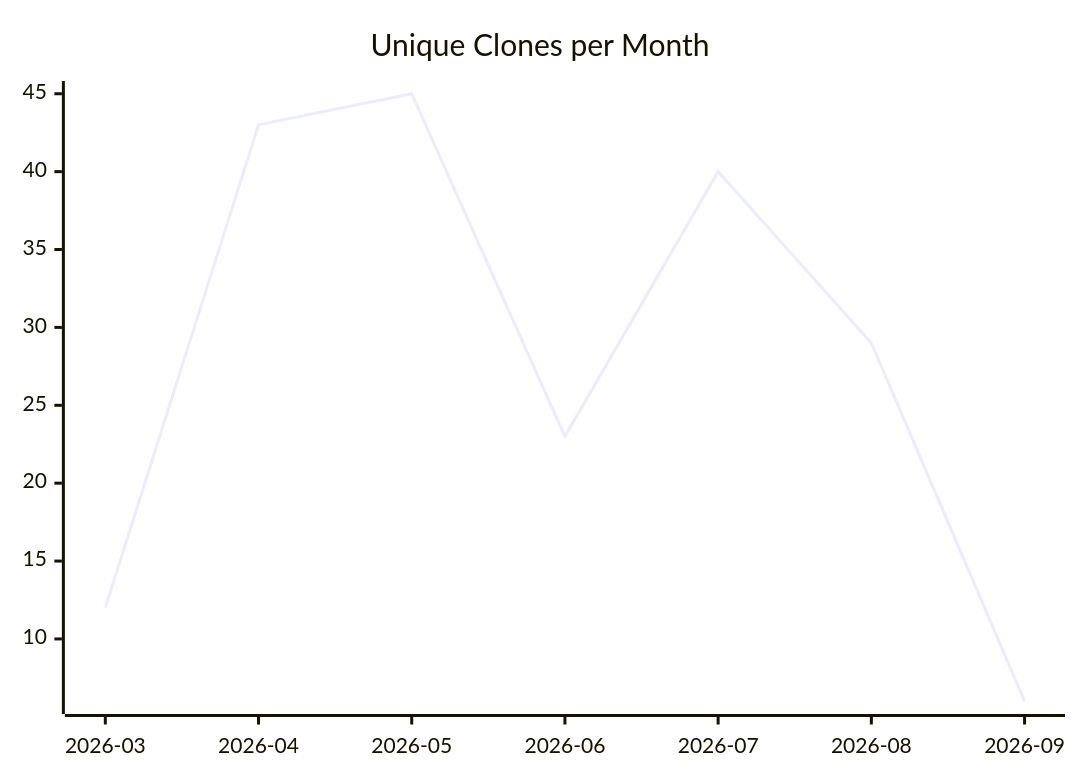
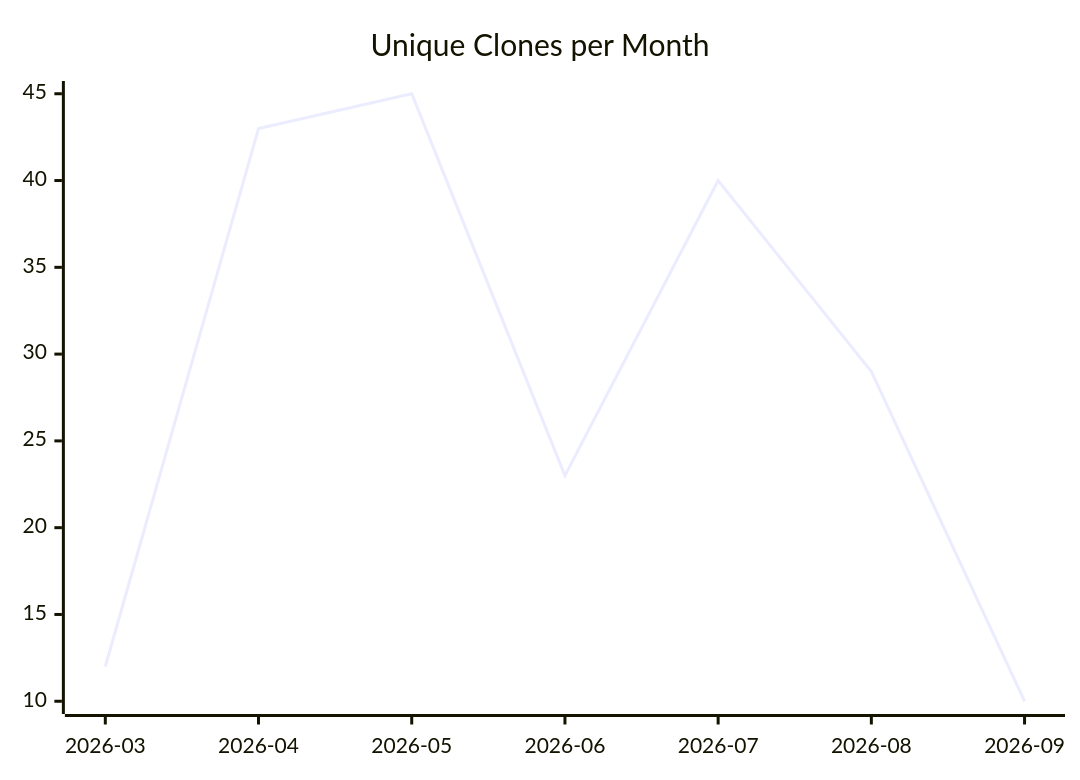
The third of 3 diagrams in karlmdavis/ksoap2-android/README.md (justdavis-family/github-analytics-data), drawn with Mermaid before and after one commit. The commit also changed other lines of this file and 192 other files, not shown here.

````diff
--- a/karlmdavis/ksoap2-android/README.md
+++ b/karlmdavis/ksoap2-android/README.md
@@ -19,6 +19,6 @@
 ```mermaid
 xychart-beta
   title "Unique Clones per Month"
   x-axis ["2026-03", "2026-04", "2026-05", "2026-06", "2026-07", "2026-08", "2026-09"]
-  line [12, 43, 45, 23, 40, 29, 6]
+  line [12, 43, 45, 23, 40, 29, 10]
 ```
````
